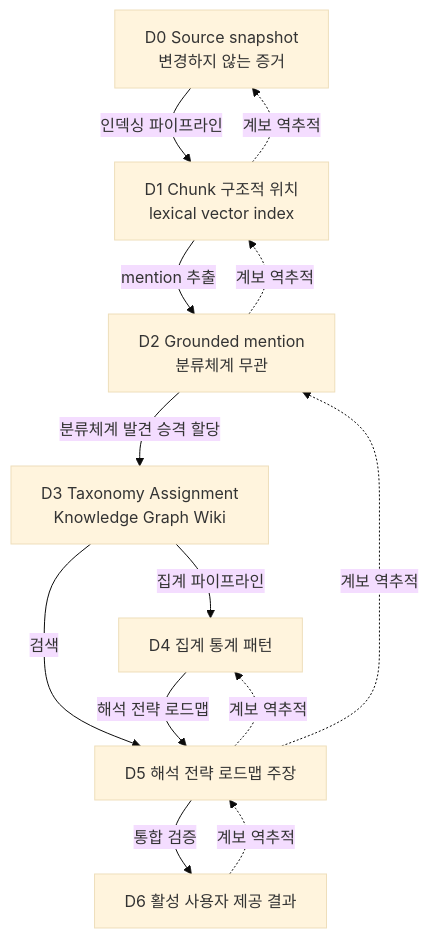
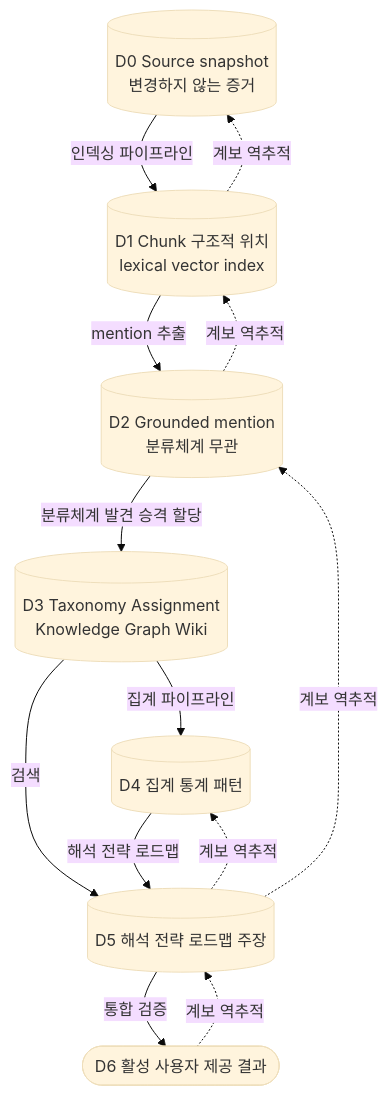
One commit to Mureung1/hub-showcase changed the first of 2 diagrams in docs/knowledge-schema.md. Above: the diagram before and after it, drawn with Mermaid (base theme). The commit also changed other lines of this file and 3 other files, not shown here.

Commit message:
docs: define knowledge schema, statistics model, and execution layers

````diff
--- a/docs/knowledge-schema.md
+++ b/docs/knowledge-schema.md
@@ -25,24 +25,24 @@
 ```mermaid
 flowchart TD
-    D0["D0 Source snapshot<br/>변경하지 않는 증거"]
-    D1["D1 Chunk 구조적 위치<br/>lexical vector index"]
-    D2["D2 Grounded mention<br/>분류체계 무관"]
-    D3["D3 Taxonomy Assignment<br/>Knowledge Graph Wiki"]
-    D4["D4 집계 통계 패턴"]
-    D5["D5 해석 전략 로드맵 주장"]
-    D6["D6 활성 사용자 제공 결과"]
+    D0[("D0 Source snapshot<br/>변경하지 않는 증거")]
+    D1[("D1 Chunk 구조적 위치<br/>lexical vector index")]
+    D2[("D2 Grounded mention<br/>분류체계 무관")]
+    D3[("D3 Taxonomy Assignment<br/>Knowledge Graph Wiki")]
+    D4[("D4 집계 통계 패턴")]
+    D5[("D5 해석 전략 로드맵 주장")]
+    D6(["D6 활성 사용자 제공 결과"])
 
     D0 -->|"인덱싱 파이프라인"| D1
     D1 -->|"mention 추출"| D2
     D2 -->|"분류체계 발견 승격 할당"| D3
     D3 -->|"집계 파이프라인"| D4
     D3 -->|"검색"| D5
     D4 -->|"해석 전략 로드맵"| D5
     D5 -->|"통합 검증"| D6
 
     D6 -.->|"계보 역추적"| D5
     D5 -.->|"계보 역추적"| D4
     D5 -.->|"계보 역추적"| D2
     D2 -.->|"계보 역추적"| D1
     D1 -.->|"계보 역추적"| D0
 ```
````
